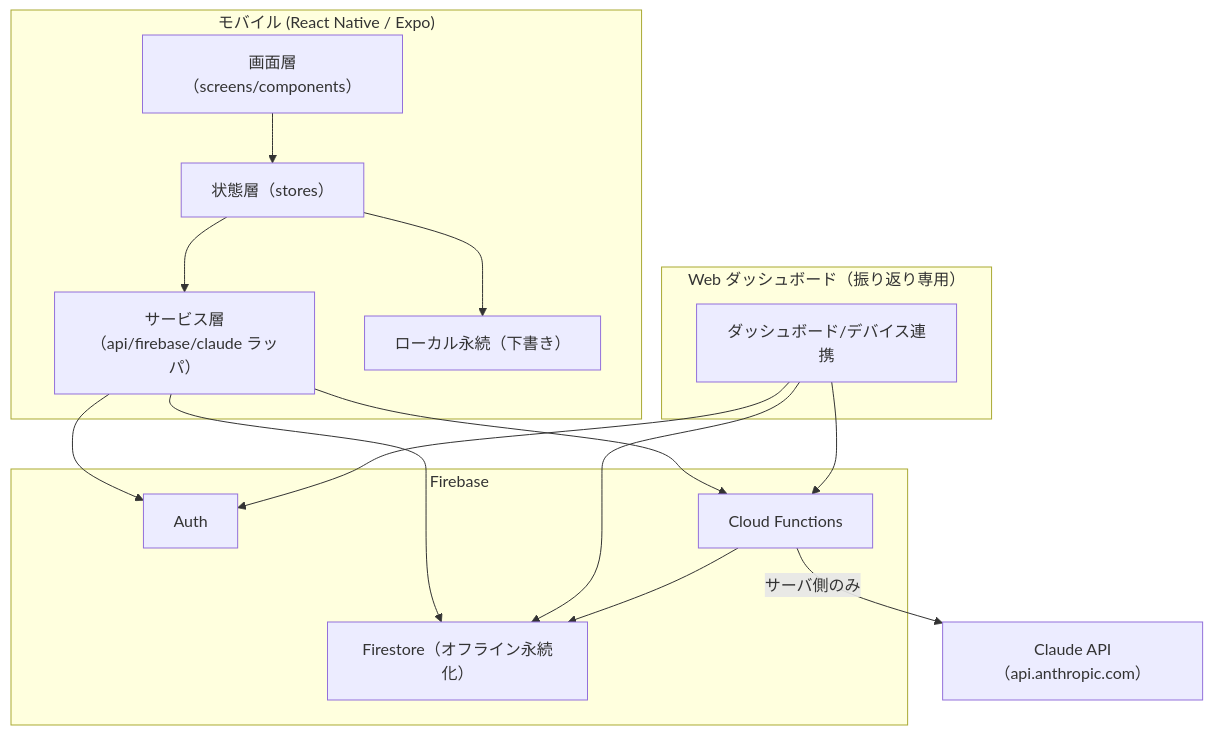
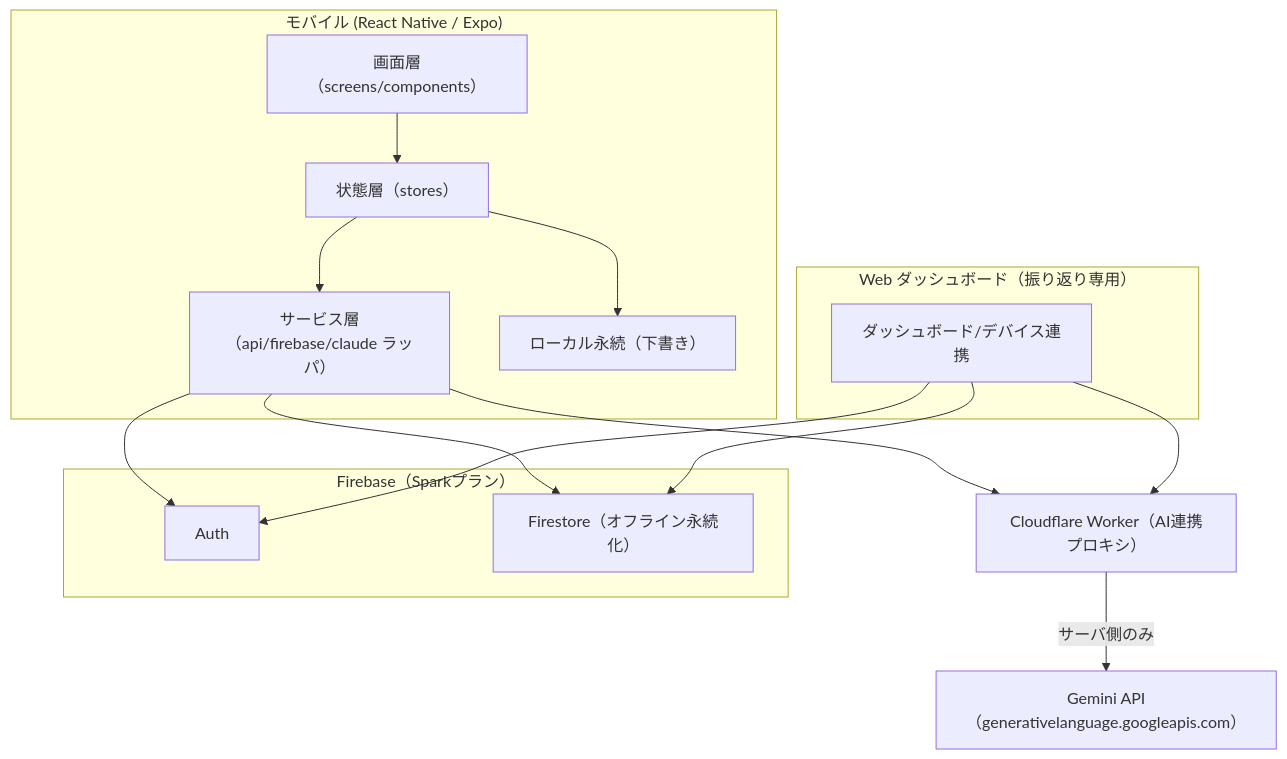
Before and after one commit to KierkegaalL/tasogare-diary: the first of 3 diagrams in docs/architecture.md, drawn with Mermaid. The commit also changed other lines of this file and 23 other files, not shown here.

First line of the commit message:
feat: Phase2 AI連携（Cloudflare Worker + Gemini）を実装

````diff
--- a/docs/architecture.md
+++ b/docs/architecture.md
@@ -12,29 +12,28 @@
 ```mermaid
 graph TD
   subgraph Mobile["モバイル (React Native / Expo)"]
     UI["画面層（screens/components）"]
     STORE["状態層（stores）"]
     SVC["サービス層（api/firebase/claude ラッパ）"]
     LOCAL["ローカル永続（下書き）"]
   end
   subgraph Web["Web ダッシュボード（振り返り専用）"]
     WUI["ダッシュボード/デバイス連携"]
   end
-  subgraph FB["Firebase"]
+  subgraph FB["Firebase（Sparkプラン）"]
     AUTH["Auth"]
     FS["Firestore（オフライン永続化）"]
-    FN["Cloud Functions"]
   end
-  CL["Claude API（api.anthropic.com）"]
+  WK["Cloudflare Worker（AI連携プロキシ）"]
+  CL["Gemini API（generativelanguage.googleapis.com）"]
 
   UI --> STORE --> SVC
   SVC --> AUTH
   SVC --> FS
-  SVC --> FN
+  SVC --> WK
   STORE --> LOCAL
   WUI --> AUTH
   WUI --> FS
-  WUI --> FN
-  FN -->|サーバ側のみ| CL
-  FN --> FS
+  WUI --> WK
+  WK -->|サーバ側のみ| CL
 ```
````
